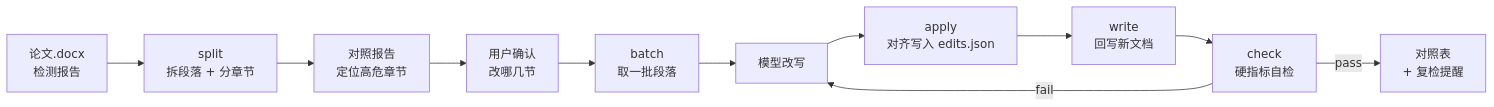
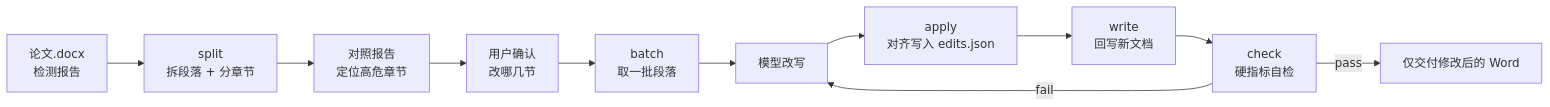
The diagram in README.md (Longfei-Tao/aigc-reducer), drawn with Mermaid before and after one commit. The commit also changed other lines of this file and 6 other files, not shown here.

````diff
--- a/README.md
+++ b/README.md
@@ -123,13 +125,13 @@
 ```mermaid
 flowchart LR
     A[论文.docx<br/>检测报告] --> B[split<br/>拆段落 + 分章节]
     B --> C[对照报告<br/>定位高危章节]
     C --> D[用户确认<br/>改哪几节]
     D --> E[batch<br/>取一批段落]
     E --> F[模型改写]
     F --> G[apply<br/>对齐写入 edits.json]
     G --> H[write<br/>回写新文档]
     H --> I[check<br/>硬指标自检]
     I -->|fail| F
-    I -->|pass| J[对照表<br/>+ 复检提醒]
+    I -->|pass| J[仅交付修改后的 Word]
 ```
````
